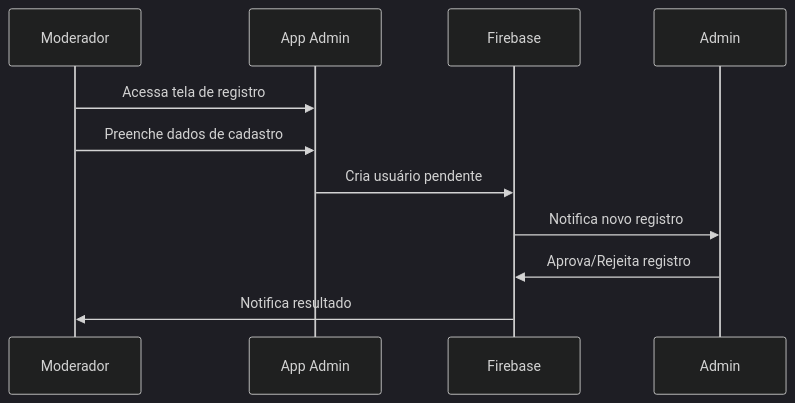
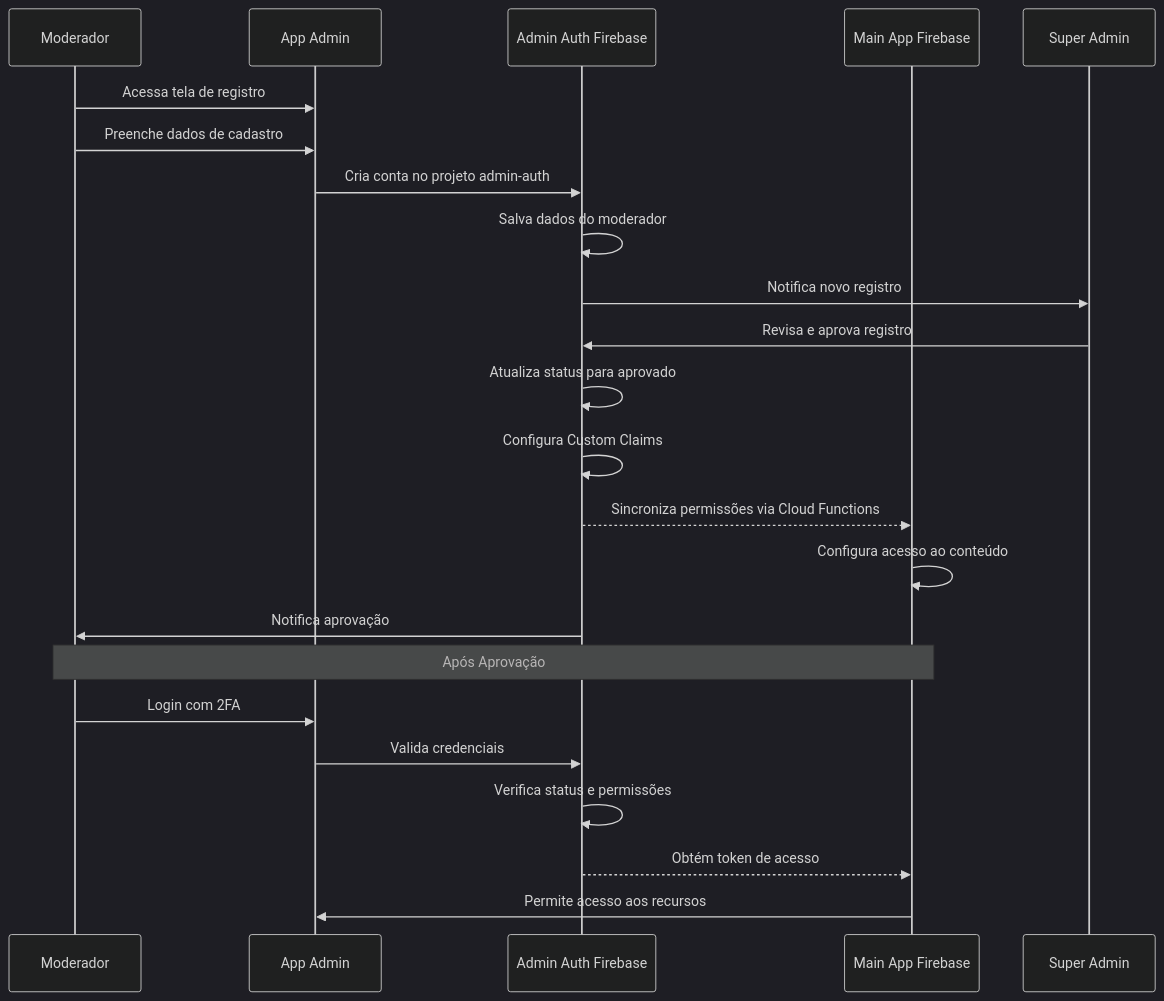
Before and after one commit to ryanmiura/empodera-admin: the second of 3 diagrams in docs/arquitetura.md, drawn with Mermaid (dark theme). The commit also changed other lines of this file and 8 other files, not shown here.

Commit message:
feat: add Firebase configuration for admin authentication and main app

````diff
--- a/docs/arquitetura.md
+++ b/docs/arquitetura.md
@@ -64,14 +81,30 @@
 ```mermaid
 sequenceDiagram
     participant M as Moderador
-    participant A as App Admin
-    participant F as Firebase
-    participant AD as Admin
+    participant AA as App Admin
+    participant Auth as Admin Auth Firebase
+    participant Main as Main App Firebase
+    participant AD as Super Admin
 
-    M->>A: Acessa tela de registro
-    M->>A: Preenche dados de cadastro
-    A->>F: Cria usuário pendente
-    F->>AD: Notifica novo registro
-    AD->>F: Aprova/Rejeita registro
-    F->>M: Notifica resultado
+    M->>AA: Acessa tela de registro
+    M->>AA: Preenche dados de cadastro
+    AA->>Auth: Cria conta no projeto admin-auth
+    Auth->>Auth: Salva dados do moderador
+    Auth->>AD: Notifica novo registro
+    
+    AD->>Auth: Revisa e aprova registro
+    Auth->>Auth: Atualiza status para aprovado
+    Auth->>Auth: Configura Custom Claims
+    
+    Auth-->>Main: Sincroniza permissões via Cloud Functions
+    Main->>Main: Configura acesso ao conteúdo
+    
+    Auth->>M: Notifica aprovação
+    
+    Note over M,Main: Após Aprovação
+    M->>AA: Login com 2FA
+    AA->>Auth: Valida credenciais
+    Auth->>Auth: Verifica status e permissões
+    Auth-->>Main: Obtém token de acesso
+    Main->>AA: Permite acesso aos recursos
 ```
````
